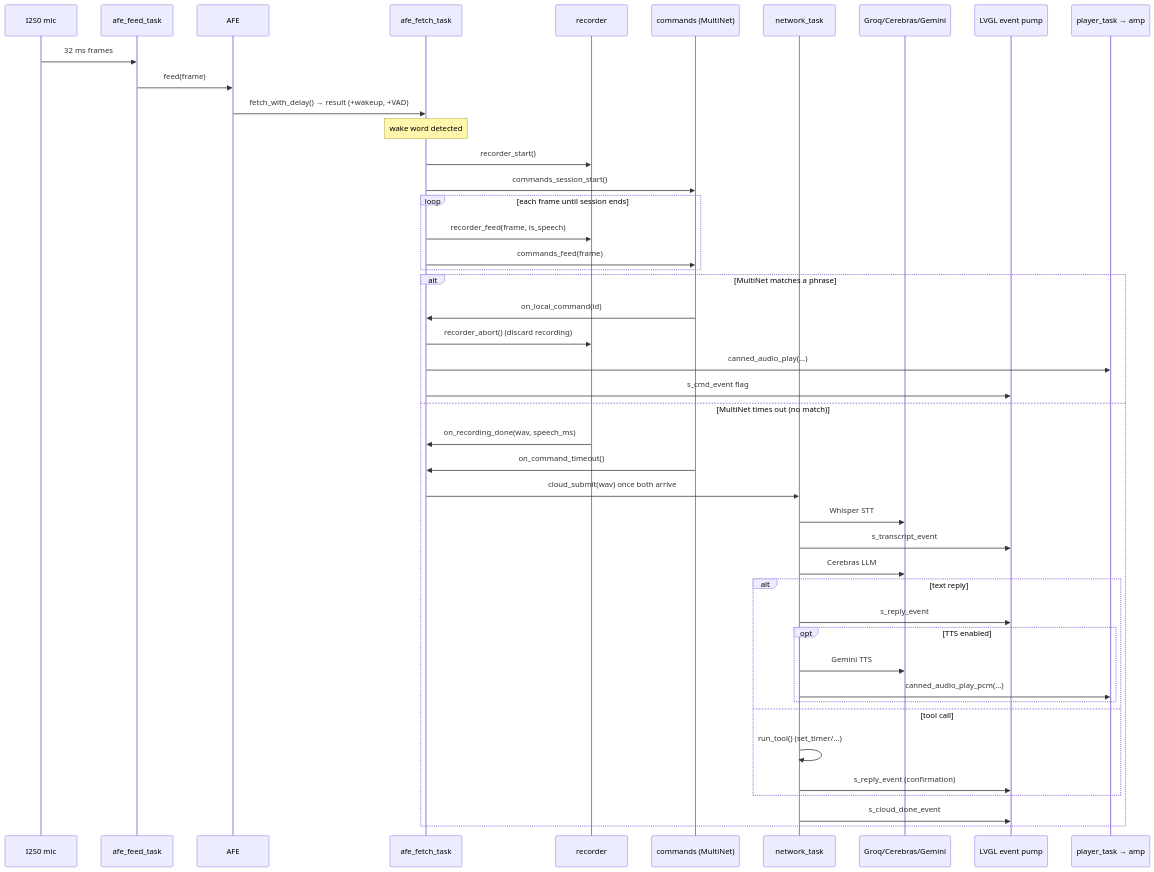
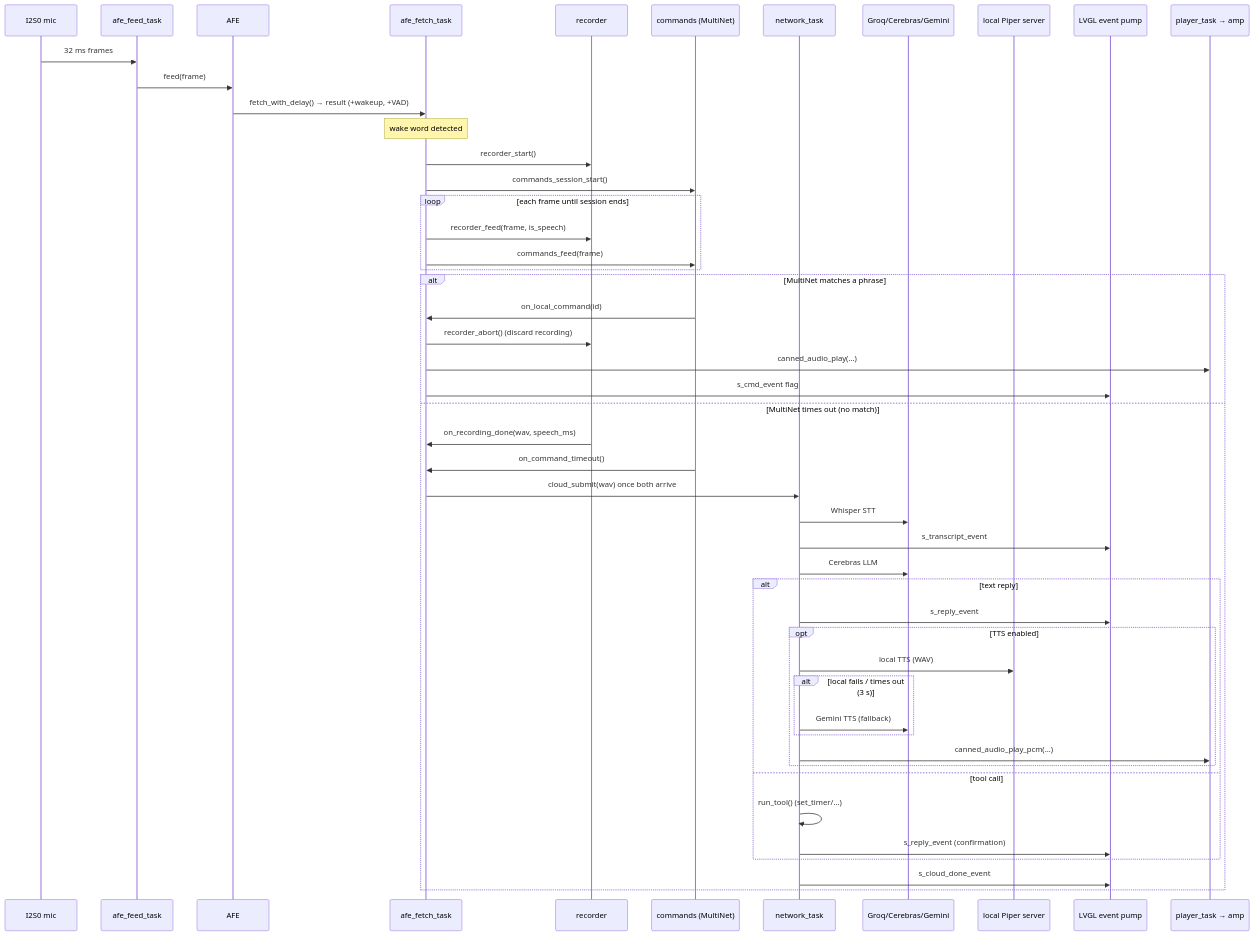
The diagram in MiniLingo/docs/03-request-lifecycle.md (Chrimo02/SysProg), drawn with Mermaid before and after one commit. The commit also changed other lines of this file and 12 other files, not shown here.

First line of the commit message:
MiniLingo: Lokaler Piper-TTS primaer, Gemini-Fallback + Sprach-Erkennung

````diff
--- a/MiniLingo/docs/03-request-lifecycle.md
+++ b/MiniLingo/docs/03-request-lifecycle.md
@@ -9,48 +9,52 @@
 ```mermaid
 sequenceDiagram
     participant Mic as I2S0 mic
     participant Feed as afe_feed_task
     participant AFE
     participant Fetch as afe_fetch_task
     participant Rec as recorder
     participant MN as commands (MultiNet)
     participant Net as network_task
     participant Cloud as Groq/Cerebras/Gemini
+    participant Piper as local Piper server
     participant Pump as LVGL event pump
     participant Spk as player_task → amp
 
     Mic->>Feed: 32 ms frames
     Feed->>AFE: feed(frame)
     AFE->>Fetch: fetch_with_delay() → result (+wakeup, +VAD)
     Note over Fetch: wake word detected
     Fetch->>Rec: recorder_start()
     Fetch->>MN: commands_session_start()
     loop each frame until session ends
         Fetch->>Rec: recorder_feed(frame, is_speech)
         Fetch->>MN: commands_feed(frame)
     end
     alt MultiNet matches a phrase
         MN->>Fetch: on_local_command(id)
         Fetch->>Rec: recorder_abort()  (discard recording)
         Fetch->>Spk: canned_audio_play(...)
         Fetch->>Pump: s_cmd_event flag
     else MultiNet times out (no match)
         Rec->>Fetch: on_recording_done(wav, speech_ms)
         MN->>Fetch: on_command_timeout()
         Fetch->>Net: cloud_submit(wav) once both arrive
         Net->>Cloud: Whisper STT
         Net->>Pump: s_transcript_event
         Net->>Cloud: Cerebras LLM
         alt text reply
             Net->>Pump: s_reply_event
             opt TTS enabled
-                Net->>Cloud: Gemini TTS
+                Net->>Piper: local TTS (WAV)
+                alt local fails / times out (3 s)
+                    Net->>Cloud: Gemini TTS (fallback)
+                end
                 Net->>Spk: canned_audio_play_pcm(...)
             end
         else tool call
             Net->>Net: run_tool() (set_timer/...)
             Net->>Pump: s_reply_event (confirmation)
         end
         Net->>Pump: s_cloud_done_event
     end
 ```
````
